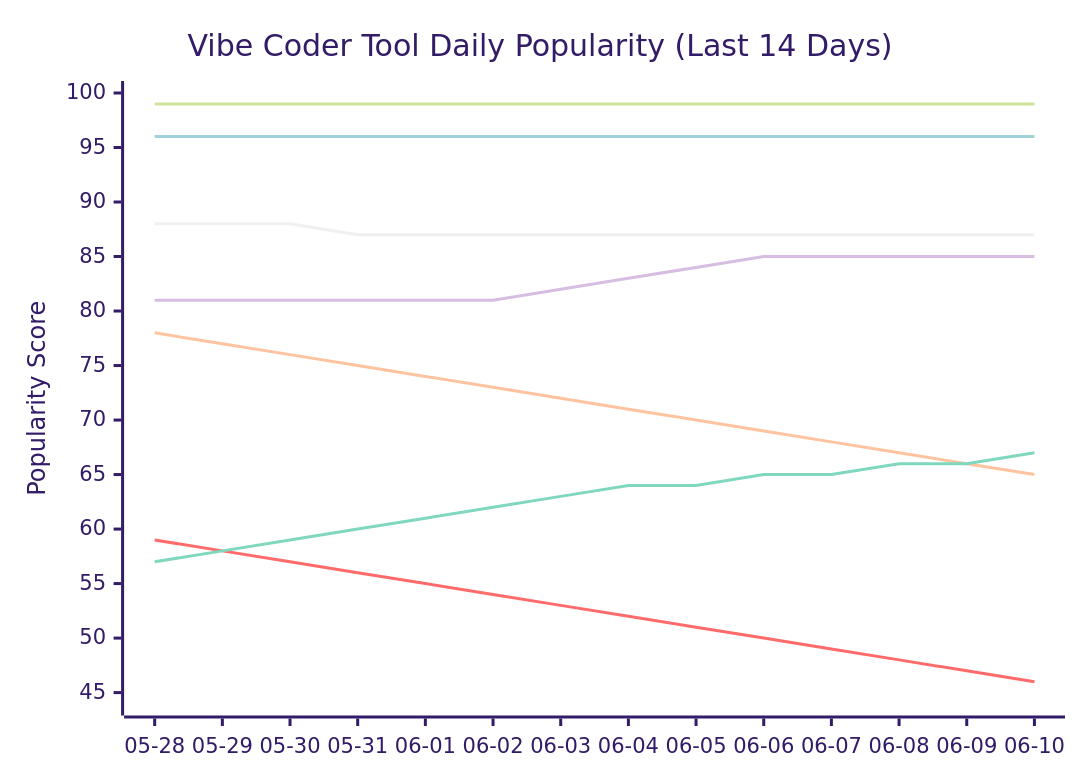
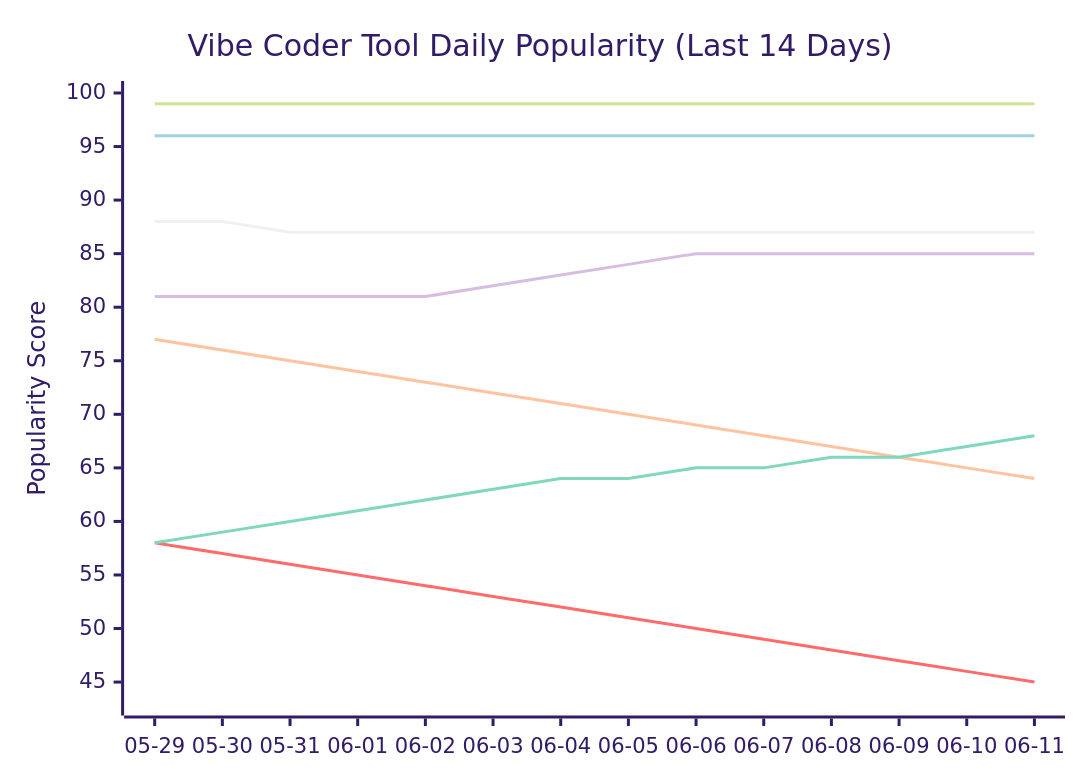
Before and after one commit to tykimos/ai-whatchelin: the seventh of 11 diagrams in README.md, drawn with Mermaid (forest theme). The commit also changed other lines of this file and 4 other files, not shown here.

````diff
--- a/README.md
+++ b/README.md
@@ -1503,13 +1511,13 @@
 ```mermaid
 xychart-beta
     title "Vibe Coder Tool Daily Popularity (Last 14 Days)"
-    x-axis ["05-28", "05-29", "05-30", "05-31", "06-01", "06-02", "06-03", "06-04", "06-05", "06-06", "06-07", "06-08", "06-09", "06-10"]
-    y-axis "Popularity Score" 44 --> 100
+    x-axis ["05-29", "05-30", "05-31", "06-01", "06-02", "06-03", "06-04", "06-05", "06-06", "06-07", "06-08", "06-09", "06-10", "06-11"]
+    y-axis "Popularity Score" 43 --> 100
     line "Claude Code" [99, 99, 99, 99, 99, 99, 99, 99, 99, 99, 99, 99, 99, 99]
-    line "GH Copilot" [59, 58, 57, 56, 55, 54, 53, 52, 51, 50, 49, 48, 47, 46]
+    line "GH Copilot" [58, 57, 56, 55, 54, 53, 52, 51, 50, 49, 48, 47, 46, 45]
     line "Cursor" [96, 96, 96, 96, 96, 96, 96, 96, 96, 96, 96, 96, 96, 96]
-    line "Windsurf" [81, 81, 81, 81, 81, 81, 82, 83, 84, 85, 85, 85, 85, 85]
-    line "Codex CLI" [88, 88, 88, 87, 87, 87, 87, 87, 87, 87, 87, 87, 87, 87]
-    line "Gemini CLI" [78, 77, 76, 75, 74, 73, 72, 71, 70, 69, 68, 67, 66, 65]
-    line "Antigravity" [57, 58, 59, 60, 61, 62, 63, 64, 64, 65, 65, 66, 66, 67]
+    line "Windsurf" [81, 81, 81, 81, 81, 82, 83, 84, 85, 85, 85, 85, 85, 85]
+    line "Codex CLI" [88, 88, 87, 87, 87, 87, 87, 87, 87, 87, 87, 87, 87, 87]
+    line "Gemini CLI" [77, 76, 75, 74, 73, 72, 71, 70, 69, 68, 67, 66, 65, 64]
+    line "Antigravity" [58, 59, 60, 61, 62, 63, 64, 64, 65, 65, 66, 66, 67, 68]
 ```
````
